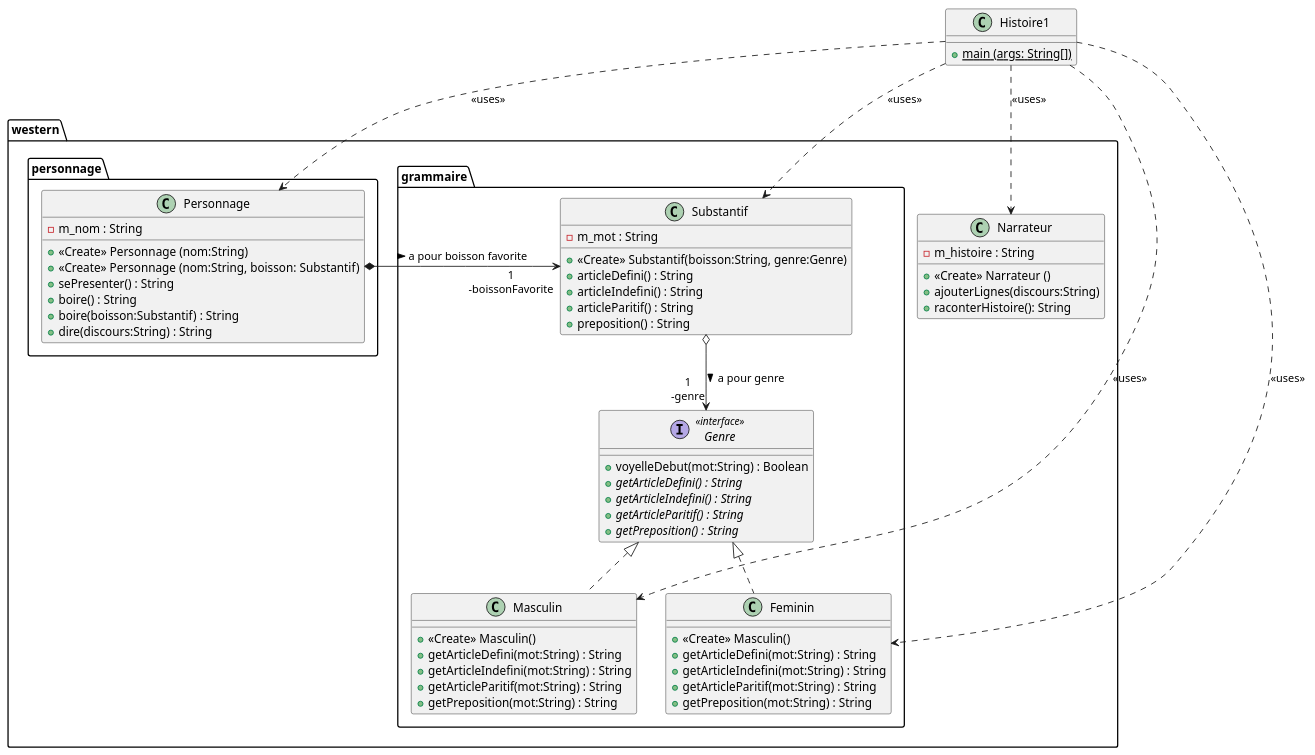
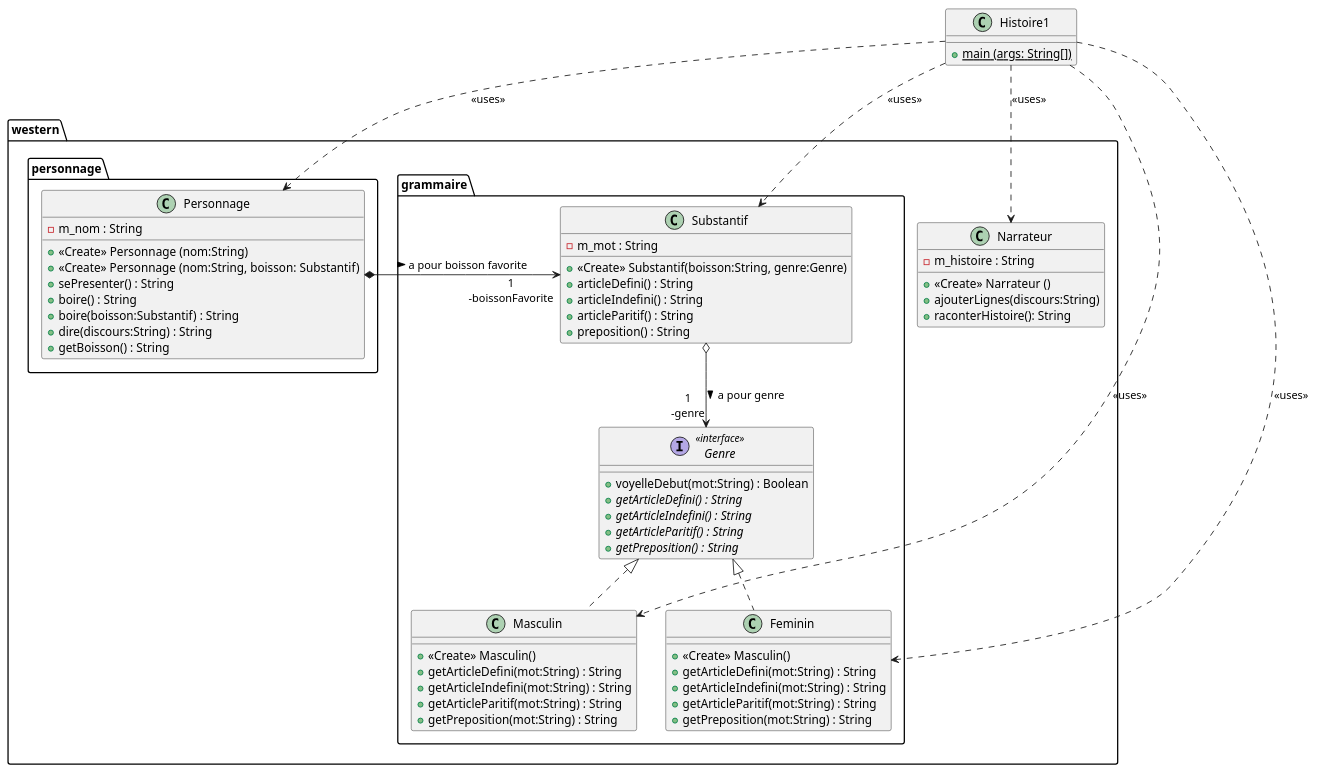
Before and after one commit to Erm5s/P21: the diagram in TD5_Western/out/production/TD5_Western/JavaTown.puml, drawn with PlantUML. The commit also changed 35 other files, not shown here.

```diff
--- a/TD5_Western/out/production/TD5_Western/JavaTown.puml
+++ b/TD5_Western/out/production/TD5_Western/JavaTown.puml
@@ -1,81 +1,82 @@
 @startuml
 'https://plantuml.com/class-diagram
 scale 1
 
 package western {
     package personnage {
         class Personnage
         {
             - m_nom : String
             + <<Create>> Personnage (nom:String)
             + <<Create>> Personnage (nom:String, boisson: Substantif)
             + sePresenter() : String
             + boire() : String
             + boire(boisson:Substantif) : String
             + dire(discours:String) : String
+            + getBoisson() : String
         }
     }
 
     class Narrateur
     {
         - m_histoire : String
         + <<Create>> Narrateur ()
         + ajouterLignes(discours:String)
         + raconterHistoire(): String
     }
 
     package grammaire {
         class Substantif
         {
             - m_mot : String
             + <<Create>> Substantif(boisson:String, genre:Genre)
             + articleDefini() : String
             + articleIndefini() : String
             + articleParitif() : String
             + preposition() : String
         }
 
         interface Genre <<interface>>
         {
             + voyelleDebut(mot:String) : Boolean
             + {abstract} getArticleDefini() : String
             + {abstract} getArticleIndefini() : String
             + {abstract} getArticleParitif() : String
             + {abstract} getPreposition() : String
         }
 
         class Masculin implements Genre
         {
             + <<Create>> Masculin()
             + getArticleDefini(mot:String) : String
             + getArticleIndefini(mot:String) : String
             + getArticleParitif(mot:String) : String
             + getPreposition(mot:String) : String
         }
 
         class Feminin implements Genre
         {
             + <<Create>> Masculin()
             + getArticleDefini(mot:String) : String
             + getArticleIndefini(mot:String) : String
             + getArticleParitif(mot:String) : String
             + getPreposition(mot:String) : String
         }
     }
 }
 
 class Histoire1 {
     + {static} main (args: String[])
 }
 
 Personnage *-> "1\n-boissonFavorite" Substantif : > a pour boisson favorite
 Substantif o--> "1\n-genre" Genre : > a pour genre
 Histoire1 ..> Personnage : <<uses>>
 Histoire1 ..> Substantif : <<uses>>
 Histoire1 ..> Narrateur : <<uses>>
 Histoire1 ..> Masculin : <<uses>>
 Histoire1 ..> Feminin : <<uses>>
 
 
 
 @enduml
```
